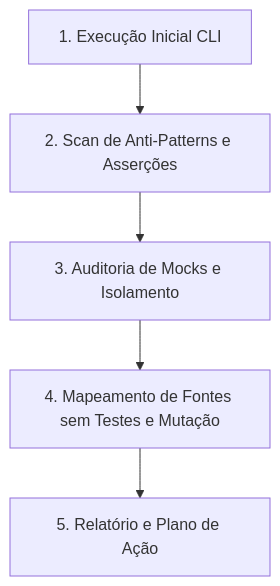
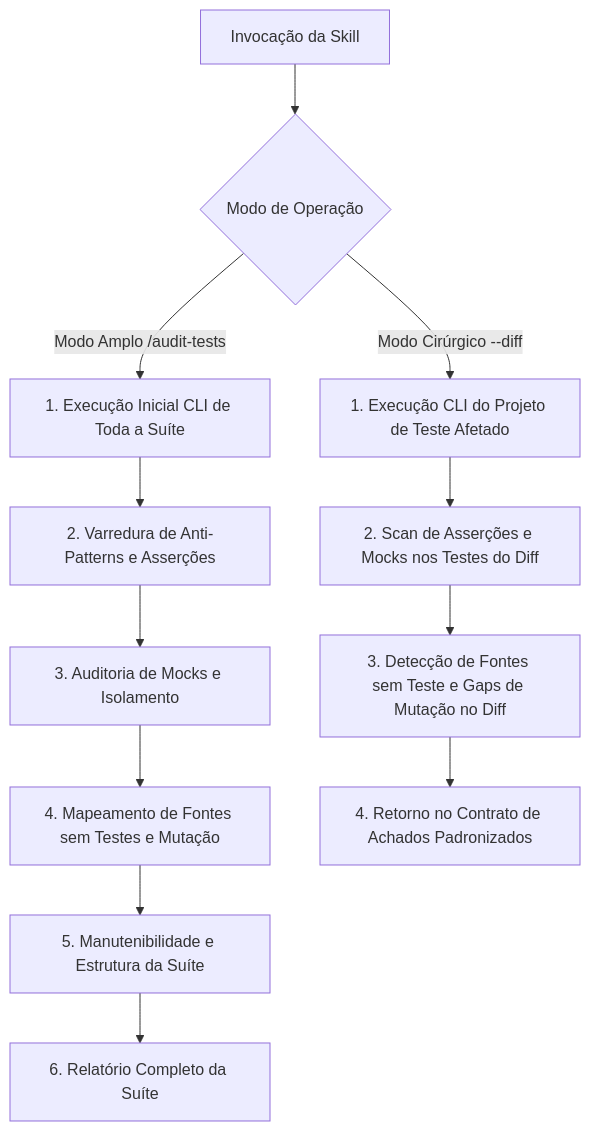
The diagram in .agents/skills/audit-tests/SKILL.md (samuelalvesv/autogestor), drawn with Mermaid before and after one commit. The commit also changed other lines of this file and 7 other files, not shown here.

First line of the commit message:
Viewed SKILL.md:1-102 Ran command: `rtk git status --short` Ran command: `rtk git diff --cached --name-only` Ran command: `rtk git diff --stat` Ran command: `rtk git diff --cached --stat`

````diff
--- a/.agents/skills/audit-tests/SKILL.md
+++ b/.agents/skills/audit-tests/SKILL.md
@@ -35,7 +69,14 @@
 ```mermaid
 flowchart TD
-    A[1. Execução Inicial CLI] --> B[2. Scan de Anti-Patterns e Asserções]
-    B --> C[3. Auditoria de Mocks e Isolamento]
-    C --> D[4. Mapeamento de Fontes sem Testes e Mutação]
-    D --> E[5. Relatório e Plano de Ação]
+    A[Invocação da Skill] --> B{Modo de Operação}
+    B -->|Modo Amplo /audit-tests| C[1. Execução Inicial CLI de Toda a Suíte]
+    C --> D[2. Varredura de Anti-Patterns e Asserções]
+    D --> E[3. Auditoria de Mocks e Isolamento]
+    E --> F[4. Mapeamento de Fontes sem Testes e Mutação]
+    F --> G[5. Manutenibilidade e Estrutura da Suíte]
+    G --> H[6. Relatório Completo da Suíte]
+    B -->|Modo Cirúrgico --diff| I[1. Execução CLI do Projeto de Teste Afetado]
+    I --> J[2. Scan de Asserções e Mocks nos Testes do Diff]
+    J --> K[3. Detecção de Fontes sem Teste e Gaps de Mutação no Diff]
+    K --> L[4. Retorno no Contrato de Achados Padronizados]
 ```
````
